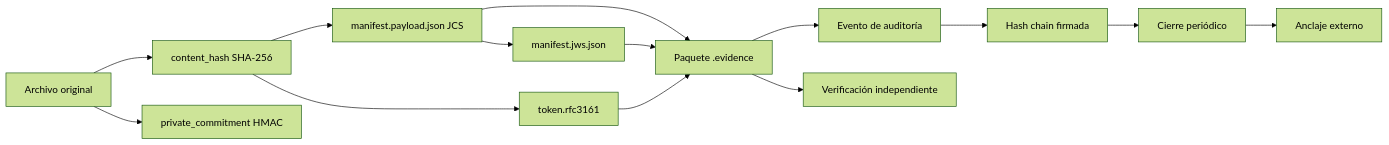
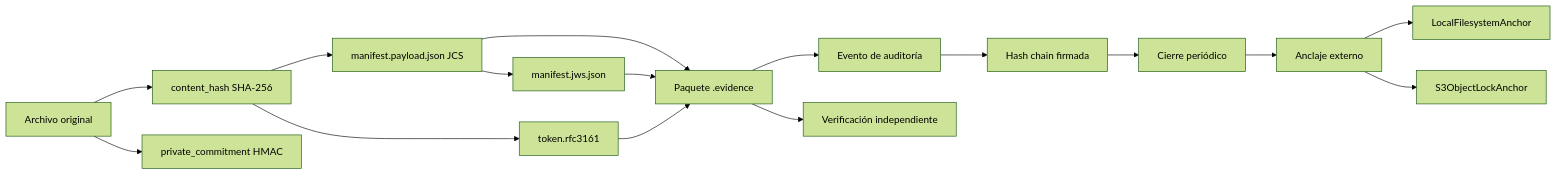
One commit to Marcorojas17/evidence-integrity-os- changed the diagram in README.md. Above: the diagram before and after it, drawn with Mermaid (forest theme). The commit also changed other lines of this file, not shown here.

Commit message:
📝 docs: actualizar README con UI, AWSKMS y S3 anchor

````diff
--- a/README.md
+++ b/README.md
@@ -154,16 +159,18 @@
 ```mermaid
 flowchart LR
     A[Archivo original] --> B[content_hash SHA-256]
     A --> C[private_commitment HMAC]
     B --> D[manifest.payload.json JCS]
     D --> E[manifest.jws.json]
     B --> F[token.rfc3161]
     D --> G[Paquete .evidence]
     E --> G
     F --> G
     G --> H[Evento de auditoría]
     H --> I[Hash chain firmada]
     I --> J[Cierre periódico]
     J --> K[Anclaje externo]
+    K --> K1[LocalFilesystemAnchor]
+    K --> K2[S3ObjectLockAnchor]
     G --> L[Verificación independiente]
 ```
````
